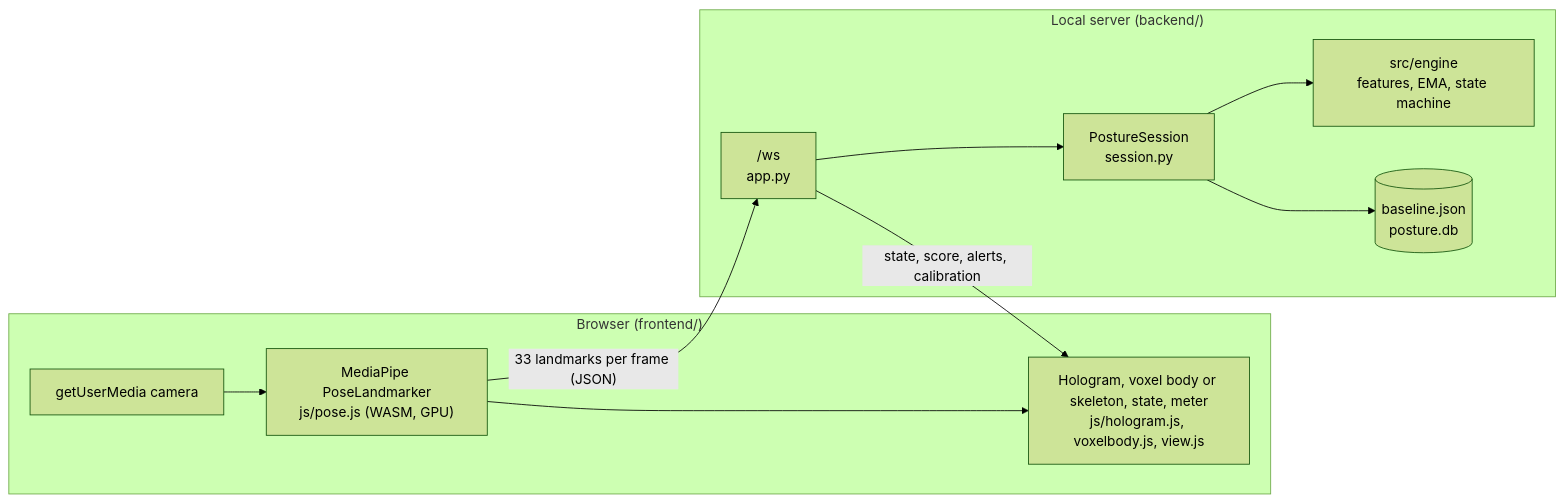
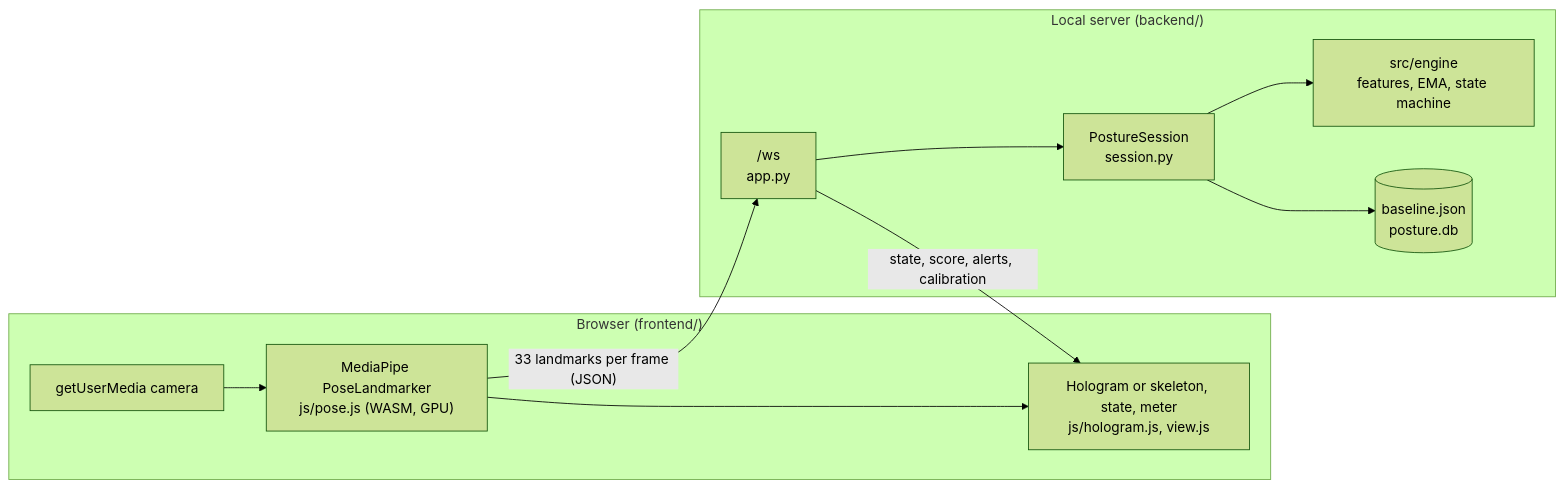
One commit to himanshushekharmishra/posture-monitor changed the fourth of 5 diagrams in docs/architecture.md. Above: the diagram before and after it, drawn with Mermaid (forest theme). The commit also changed other lines of this file and 7 other files, not shown here.

````diff
--- a/docs/architecture.md
+++ b/docs/architecture.md
@@ -95,14 +95,14 @@
 ```mermaid
 flowchart LR
     subgraph browser["Browser (frontend/)"]
         cam["getUserMedia camera"] --> mp["MediaPipe PoseLandmarker<br/>js/pose.js (WASM, GPU)"]
-        mp --> ui["Hologram, voxel body or skeleton, state, meter<br/>js/hologram.js, voxelbody.js, view.js"]
+        mp --> ui["Hologram or skeleton, state, meter<br/>js/hologram.js, view.js"]
     end
     subgraph server["Local server (backend/)"]
         ws["/ws<br/>app.py"] --> sess["PostureSession<br/>session.py"]
         sess --> engine["src/engine<br/>features, EMA, state machine"]
         sess --> files[("baseline.json<br/>posture.db")]
     end
     mp -->|"33 landmarks per frame (JSON)"| ws
     ws -->|"state, score, alerts, calibration"| ui
 ```
````
